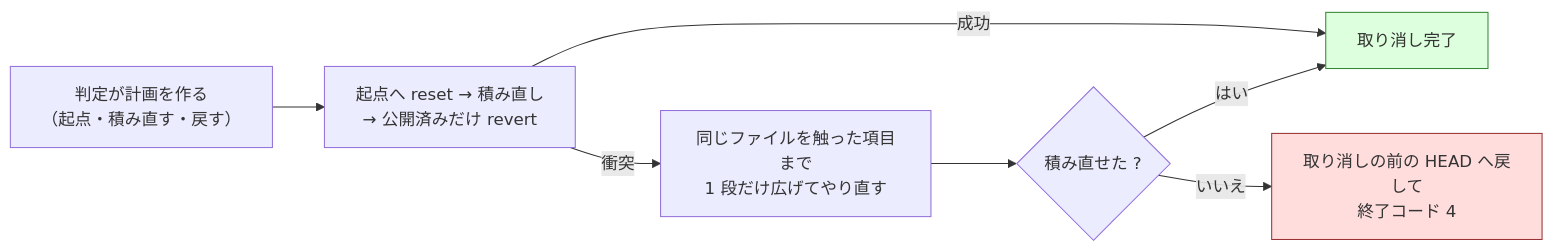
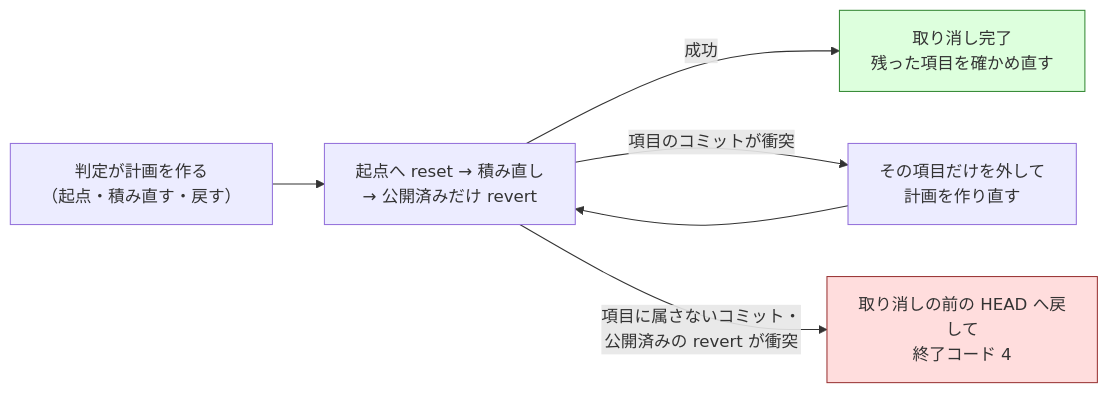
The diagram in plugins/ndf/skills/cross-refactoring/docs/04-verify-and-report.md (devbasex/ai-plugins), drawn with Mermaid before and after one commit. The commit also changed other lines of this file and 10 other files, not shown here.

````diff
--- a/plugins/ndf/skills/cross-refactoring/docs/04-verify-and-report.md
+++ b/plugins/ndf/skills/cross-refactoring/docs/04-verify-and-report.md
@@ -127,11 +138,10 @@
 ```mermaid
 flowchart LR
     A["判定が計画を作る<br/>（起点・積み直す・戻す）"] --> B["起点へ reset → 積み直し<br/>→ 公開済みだけ revert"]
-    B -->|成功| C["取り消し完了"]:::ok
-    B -->|衝突| D["同じファイルを触った項目まで<br/>1 段だけ広げてやり直す"] --> F{"積み直せた ?"}
-    F -->|はい| C
-    F -->|いいえ| E["取り消しの前の HEAD へ戻して<br/>終了コード 4"]:::stop
+    B -->|成功| C["取り消し完了<br/>残った項目を確かめ直す"]:::ok
+    B -->|項目のコミットが衝突| D["その項目だけを外して<br/>計画を作り直す"] --> B
+    B -->|項目に属さないコミット・<br/>公開済みの revert が衝突| E["取り消しの前の HEAD へ戻して<br/>終了コード 4"]:::stop
 
     classDef ok fill:#dfd,stroke:#383
     classDef stop fill:#fdd,stroke:#933
 ```
````
